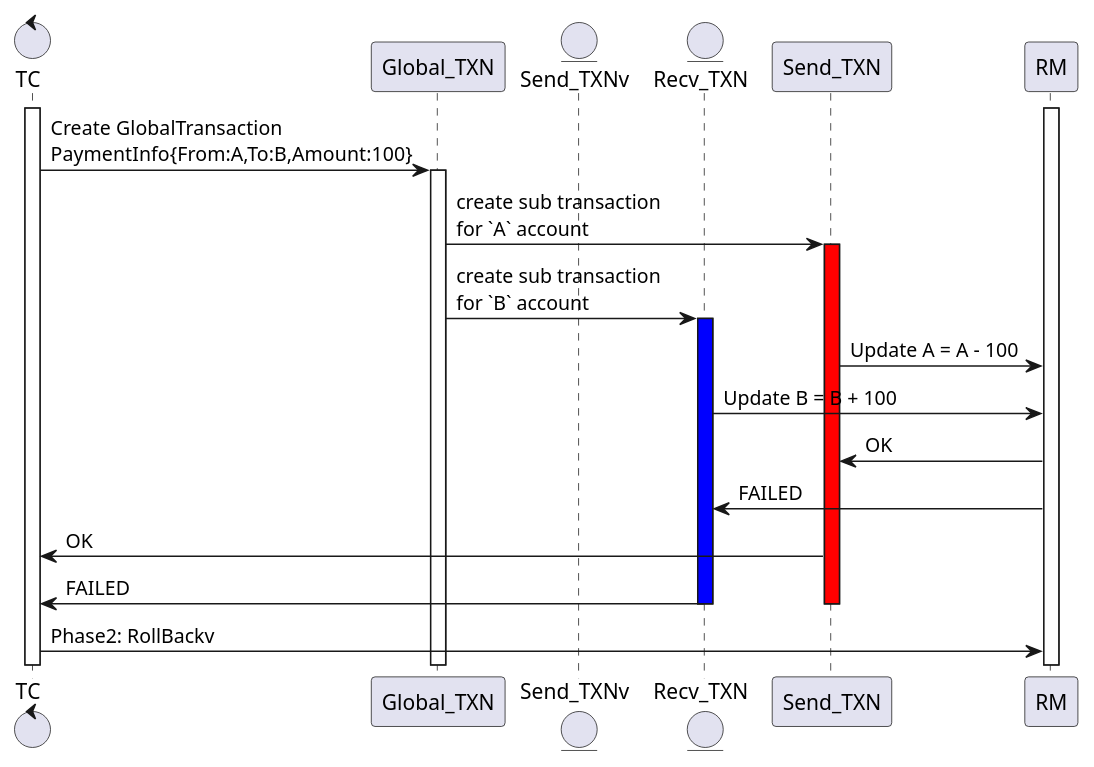
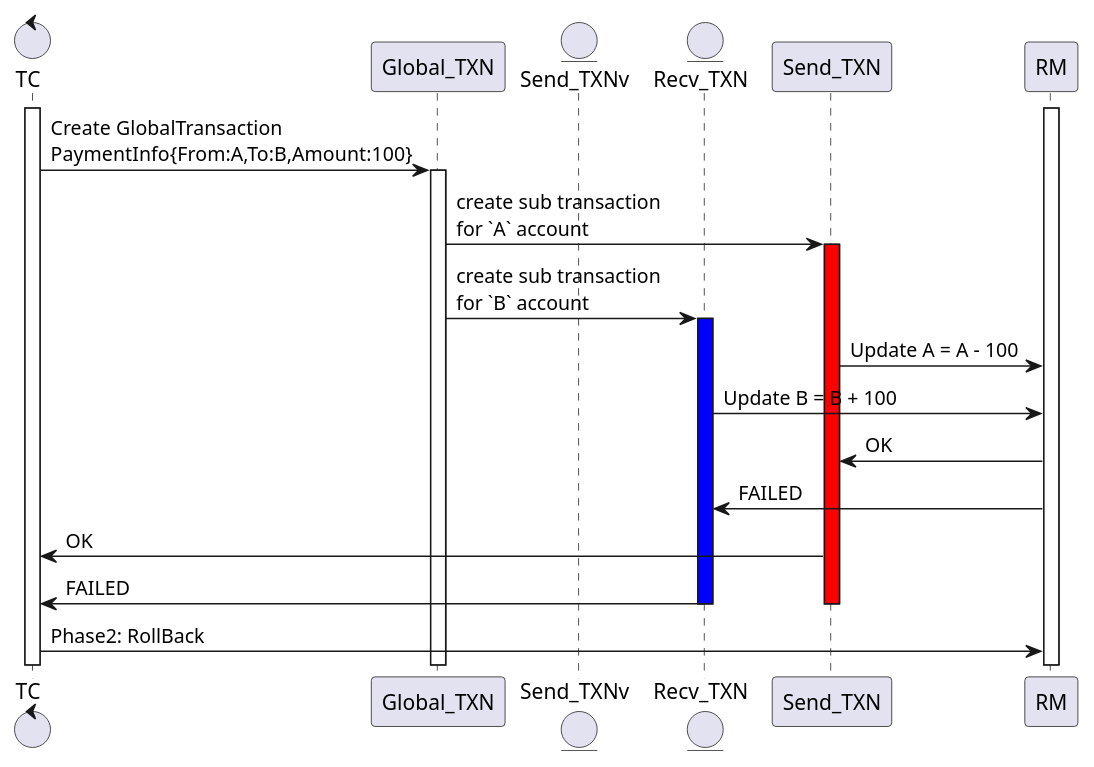
One commit to nminhquan/account-system changed diagram 13 of 16 in README.md. Above: the diagram before and after it, drawn with PlantUML. The commit also changed other lines of this file and 17 other files, not shown here.

````diff
--- a/README.md
+++ b/README.md
@@ -465,30 +543,30 @@
 ```plantuml
 @startumls
 control TC
 activate TC
 activate RM
 TC -> Global_TXN: Create GlobalTransaction\nPaymentInfo{From:A,To:B,Amount:100}
 activate Global_TXN
 
 entity Send_TXNv
 entity Recv_TXN
 
 Global_TXN -> Send_TXN: create sub transaction\nfor `A` account
 activate Send_TXN #red
 
 Global_TXN -> Recv_TXN: create sub transaction\nfor `B` account
 activate Recv_TXN #blue
 control RM
 
 Send_TXN -> RM: Update A = A - 100
 Recv_TXN -> RM: Update B = B + 100
 RM -> Send_TXN: OK
 RM -> Recv_TXN: FAILED
 Send_TXN -> TC: OK
 Recv_TXN -> TC: FAILED
 deactivate Send_TXN
 deactivate Recv_TXN
 
-TC -> RM: Phase2: RollBackv
+TC -> RM: Phase2: RollBack
 @enduml
 ```
````
